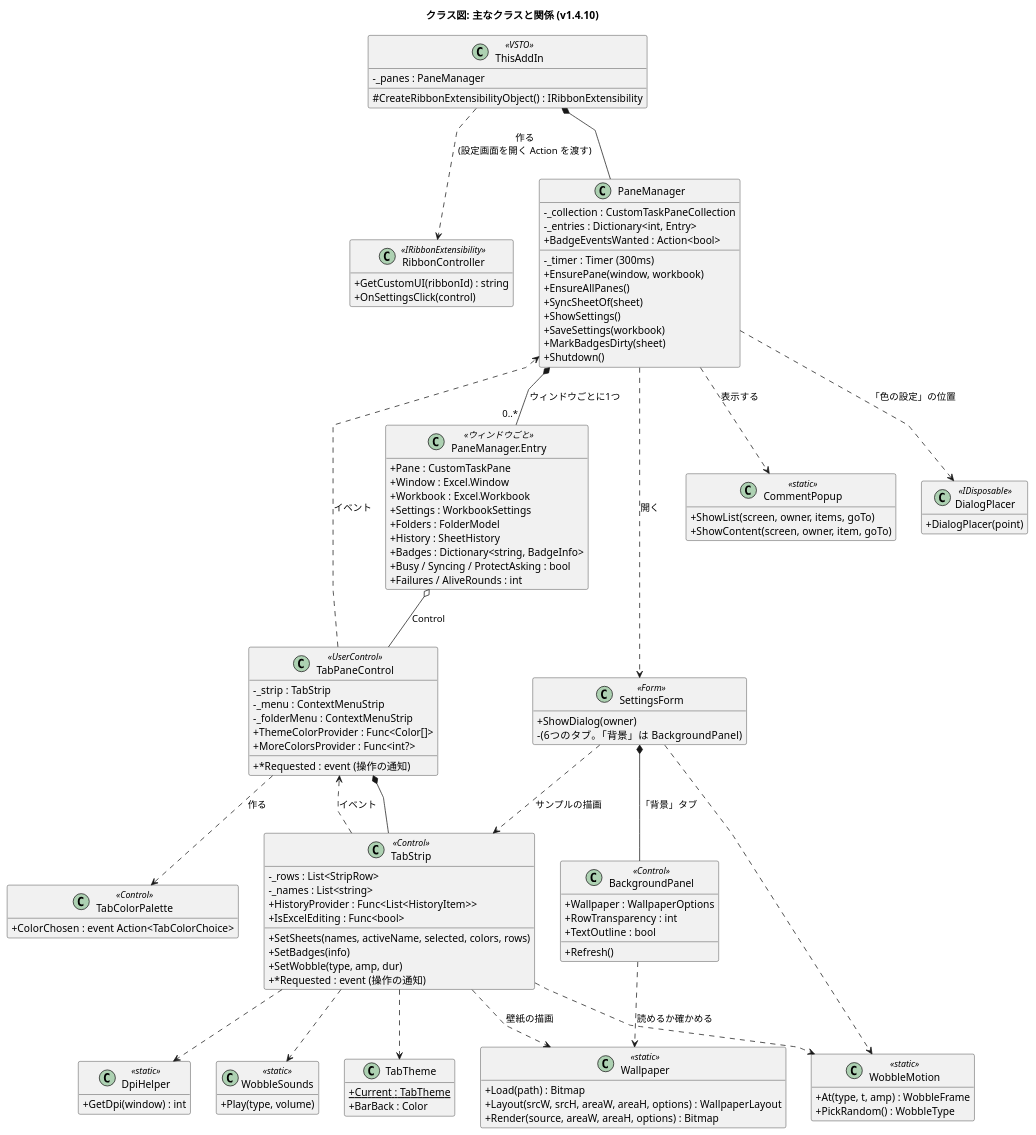
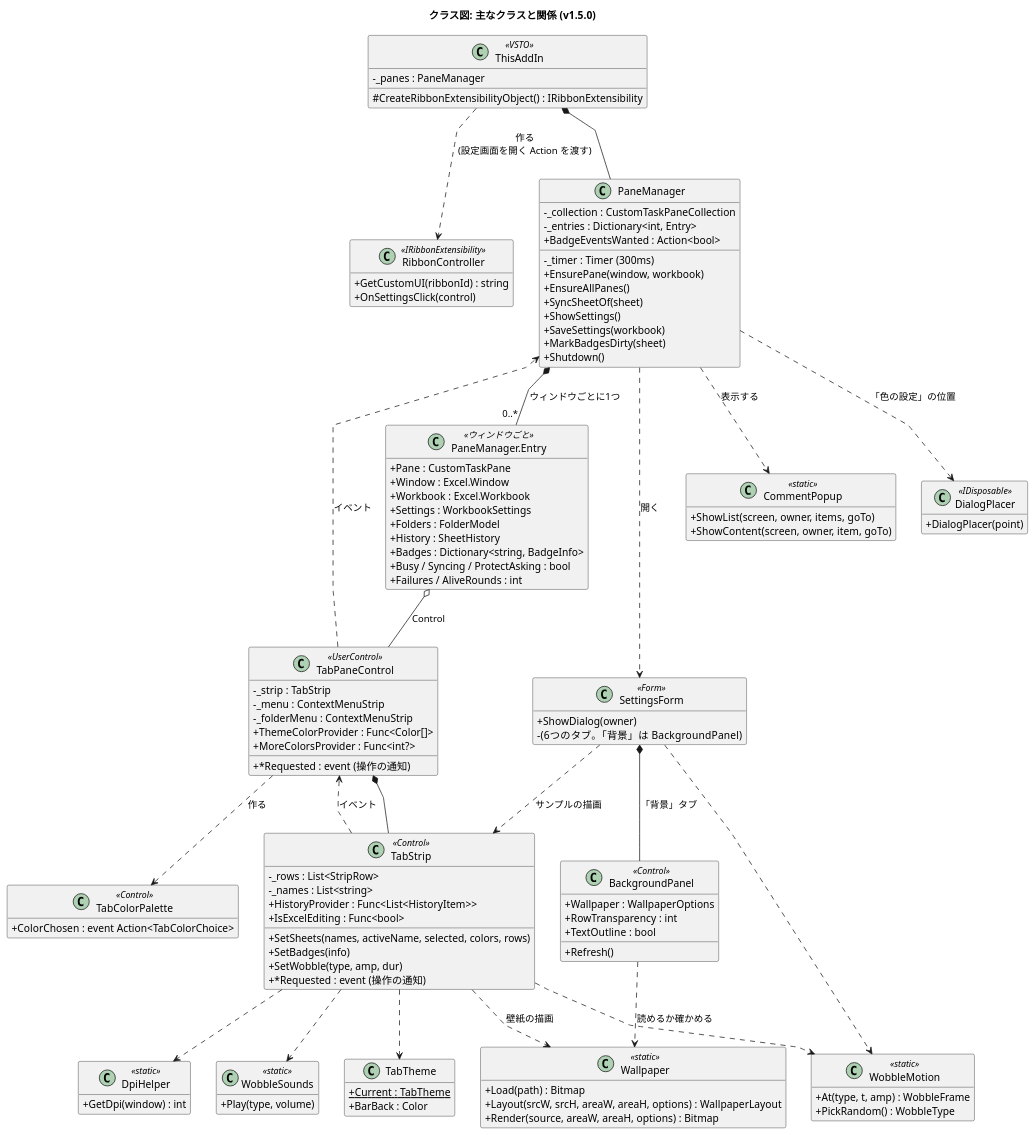
The diagram in docs/class-structure.puml (nk-taka623/VerticalSheetTabs), drawn with PlantUML before and after one commit. The commit also changed 14 other files, not shown here.

```diff
--- a/docs/class-structure.puml
+++ b/docs/class-structure.puml
@@ -1,133 +1,133 @@
 @startuml
-title クラス図: 主なクラスと関係 (v1.4.10)
+title クラス図: 主なクラスと関係 (v1.5.0)
 skinparam shadowing false
 skinparam classAttributeIconSize 0
 skinparam linetype polyline
 hide empty members
 
 class ThisAddIn <<VSTO>> {
   -_panes : PaneManager
   #CreateRibbonExtensibilityObject() : IRibbonExtensibility
 }
 
 class RibbonController <<IRibbonExtensibility>> {
   +GetCustomUI(ribbonId) : string
   +OnSettingsClick(control)
 }
 
 class PaneManager {
   -_collection : CustomTaskPaneCollection
   -_entries : Dictionary<int, Entry>
   -_timer : Timer (300ms)
   +BadgeEventsWanted : Action<bool>
   +EnsurePane(window, workbook)
   +EnsureAllPanes()
   +SyncSheetOf(sheet)
   +ShowSettings()
   +SaveSettings(workbook)
   +MarkBadgesDirty(sheet)
   +Shutdown()
 }
 
 class "PaneManager.Entry" as Entry <<ウィンドウごと>> {
   +Pane : CustomTaskPane
   +Window : Excel.Window
   +Workbook : Excel.Workbook
   +Settings : WorkbookSettings
   +Folders : FolderModel
   +History : SheetHistory
   +Badges : Dictionary<string, BadgeInfo>
   +Busy / Syncing / ProtectAsking : bool
   +Failures / AliveRounds : int
 }
 
 class TabPaneControl <<UserControl>> {
   -_strip : TabStrip
   -_menu : ContextMenuStrip
   -_folderMenu : ContextMenuStrip
   +ThemeColorProvider : Func<Color[]>
   +MoreColorsProvider : Func<int?>
   +*Requested : event (操作の通知)
 }
 
 class TabStrip <<Control>> {
   -_rows : List<StripRow>
   -_names : List<string>
   +SetSheets(names, activeName, selected, colors, rows)
   +SetBadges(info)
   +SetWobble(type, amp, dur)
   +*Requested : event (操作の通知)
   +HistoryProvider : Func<List<HistoryItem>>
   +IsExcelEditing : Func<bool>
 }
 
 class TabColorPalette <<Control>> {
   +ColorChosen : event Action<TabColorChoice>
 }
 
 class SettingsForm <<Form>> {
   +ShowDialog(owner)
   -(6つのタブ。「背景」は BackgroundPanel)
 }
 
 class BackgroundPanel <<Control>> {
   +Wallpaper : WallpaperOptions
   +RowTransparency : int
   +TextOutline : bool
   +Refresh()
 }
 
 class Wallpaper <<static>> {
   +Load(path) : Bitmap
   +Layout(srcW, srcH, areaW, areaH, options) : WallpaperLayout
   +Render(source, areaW, areaH, options) : Bitmap
 }
 
 class CommentPopup <<static>> {
   +ShowList(screen, owner, items, goTo)
   +ShowContent(screen, owner, item, goTo)
 }
 
 class DialogPlacer <<IDisposable>> {
   +DialogPlacer(point)
 }
 
 class TabTheme {
   +Current : TabTheme {static}
   +BarBack : Color
 }
 
 class DpiHelper <<static>> {
   +GetDpi(window) : int
 }
 
 class WobbleMotion <<static>> {
   +At(type, t, amp) : WobbleFrame
   +PickRandom() : WobbleType
 }
 
 class WobbleSounds <<static>> {
   +Play(type, volume)
 }
 
 ThisAddIn *-- PaneManager
 ThisAddIn ..> RibbonController : 作る\n(設定画面を開く Action を渡す)
 PaneManager *-- "0..*" Entry : ウィンドウごとに1つ
 Entry o-- TabPaneControl : Control
 TabPaneControl *-- TabStrip
 TabPaneControl ..> TabColorPalette : 作る
 TabStrip ..> TabPaneControl : イベント
 TabPaneControl ..> PaneManager : イベント
 PaneManager ..> SettingsForm : 開く
 PaneManager ..> CommentPopup : 表示する
 PaneManager ..> DialogPlacer : 「色の設定」の位置
 SettingsForm ..> TabStrip : サンプルの描画
 TabStrip ..> TabTheme
 TabStrip ..> DpiHelper
 TabStrip ..> WobbleMotion
 TabStrip ..> WobbleSounds
 SettingsForm ..> WobbleMotion
 SettingsForm *-- BackgroundPanel : 「背景」タブ
 BackgroundPanel ..> Wallpaper : 読めるか確かめる
 TabStrip ..> Wallpaper : 壁紙の描画
 @enduml
```
